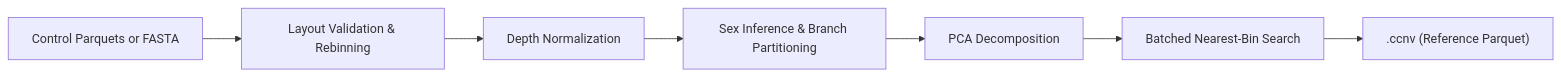
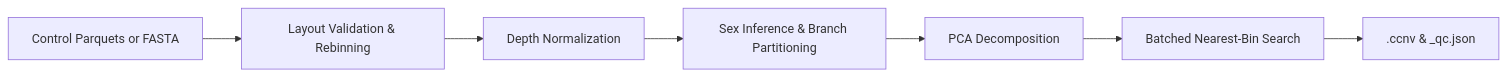
The second of 3 diagrams in docs/cli.md (matthdsm/ccnv), drawn with Mermaid before and after one commit. The commit also changed other lines of this file and 11 other files, not shown here.

````diff
--- a/docs/cli.md
+++ b/docs/cli.md
@@ -86,9 +87,9 @@
 ```mermaid
 flowchart LR
     A["Control Parquets or FASTA"] --> B["Layout Validation & Rebinning"]
     B --> C["Depth Normalization"]
     C --> D["Sex Inference & Branch Partitioning"]
     D --> E["PCA Decomposition"]
     E --> F["Batched Nearest-Bin Search"]
-    F --> G["<prefix>.ccnv (Reference Parquet)"]
+    F --> G["<prefix>.ccnv & <prefix>_qc.json"]
 ```
````
